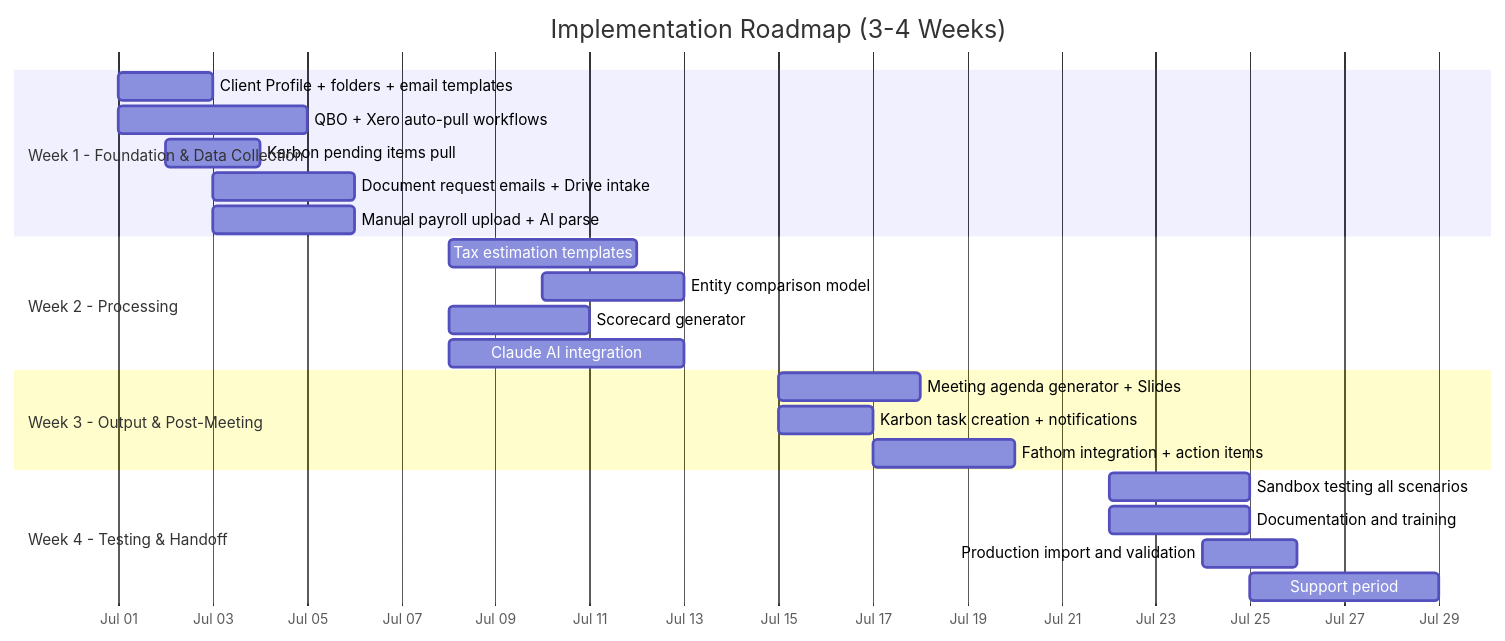
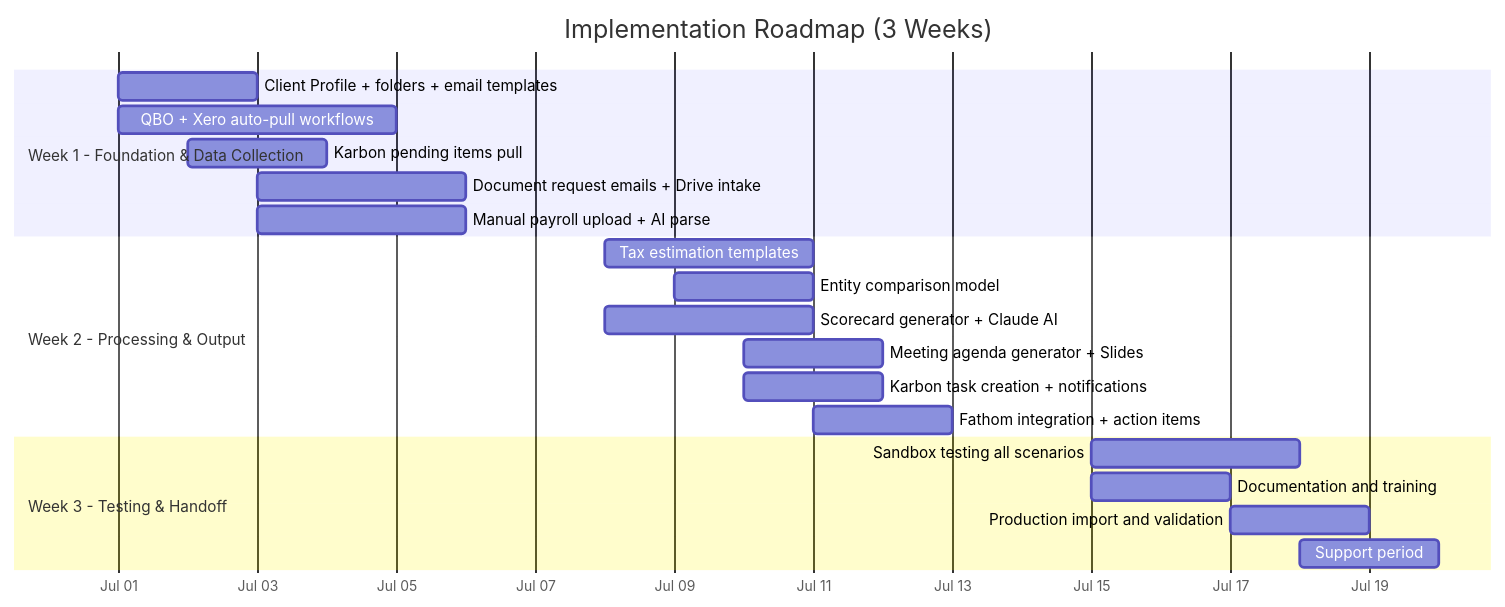
Diagram 18 of 20 in docs/quarterly-meeting-automation/05-Comprehensive-Workflow-Documentation.md (dkinvestments-art/n8n), drawn with Mermaid before and after one commit. The commit also changed other lines of this file and 3 other files, not shown here.

First line of the commit message:
docs: Compress implementation timeline to 3 weeks

````diff
--- a/docs/quarterly-meeting-automation/05-Comprehensive-Workflow-Documentation.md
+++ b/docs/quarterly-meeting-automation/05-Comprehensive-Workflow-Documentation.md
@@ -943,30 +943,27 @@
 ```mermaid
 gantt
-    title Implementation Roadmap (3-4 Weeks)
+    title Implementation Roadmap (3 Weeks)
     dateFormat YYYY-MM-DD
     axisFormat %b %d
 
     section Week 1 - Foundation & Data Collection
     Client Profile + folders + email templates :p1a, 2026-07-01, 2d
     QBO + Xero auto-pull workflows              :p1b, 2026-07-01, 4d
     Karbon pending items pull                   :p1c, 2026-07-02, 2d
     Document request emails + Drive intake      :p1d, 2026-07-03, 3d
     Manual payroll upload + AI parse            :p1e, 2026-07-03, 3d
 
-    section Week 2 - Processing
-    Tax estimation templates                    :p2a, 2026-07-08, 4d
-    Entity comparison model                     :p2b, 2026-07-10, 3d
-    Scorecard generator                         :p2c, 2026-07-08, 3d
-    Claude AI integration                       :p2d, 2026-07-08, 5d
+    section Week 2 - Processing & Output
+    Tax estimation templates                    :p2a, 2026-07-08, 3d
+    Entity comparison model                     :p2b, 2026-07-09, 2d
+    Scorecard generator + Claude AI             :p2c, 2026-07-08, 3d
+    Meeting agenda generator + Slides           :p2d, 2026-07-10, 2d
+    Karbon task creation + notifications        :p2e, 2026-07-10, 2d
+    Fathom integration + action items           :p2f, 2026-07-11, 2d
 
-    section Week 3 - Output & Post-Meeting
-    Meeting agenda generator + Slides           :p3a, 2026-07-15, 3d
-    Karbon task creation + notifications        :p3b, 2026-07-15, 2d
-    Fathom integration + action items           :p3c, 2026-07-17, 3d
-
-    section Week 4 - Testing & Handoff
-    Sandbox testing all scenarios               :p4a, 2026-07-22, 3d
-    Documentation and training                  :p4b, 2026-07-22, 3d
-    Production import and validation            :p4c, 2026-07-24, 2d
-    Support period                              :p4d, 2026-07-25, 4d
+    section Week 3 - Testing & Handoff
+    Sandbox testing all scenarios               :p3a, 2026-07-15, 3d
+    Documentation and training                  :p3b, 2026-07-15, 2d
+    Production import and validation            :p3c, 2026-07-17, 2d
+    Support period                              :p3d, 2026-07-18, 2d
 ```
````
